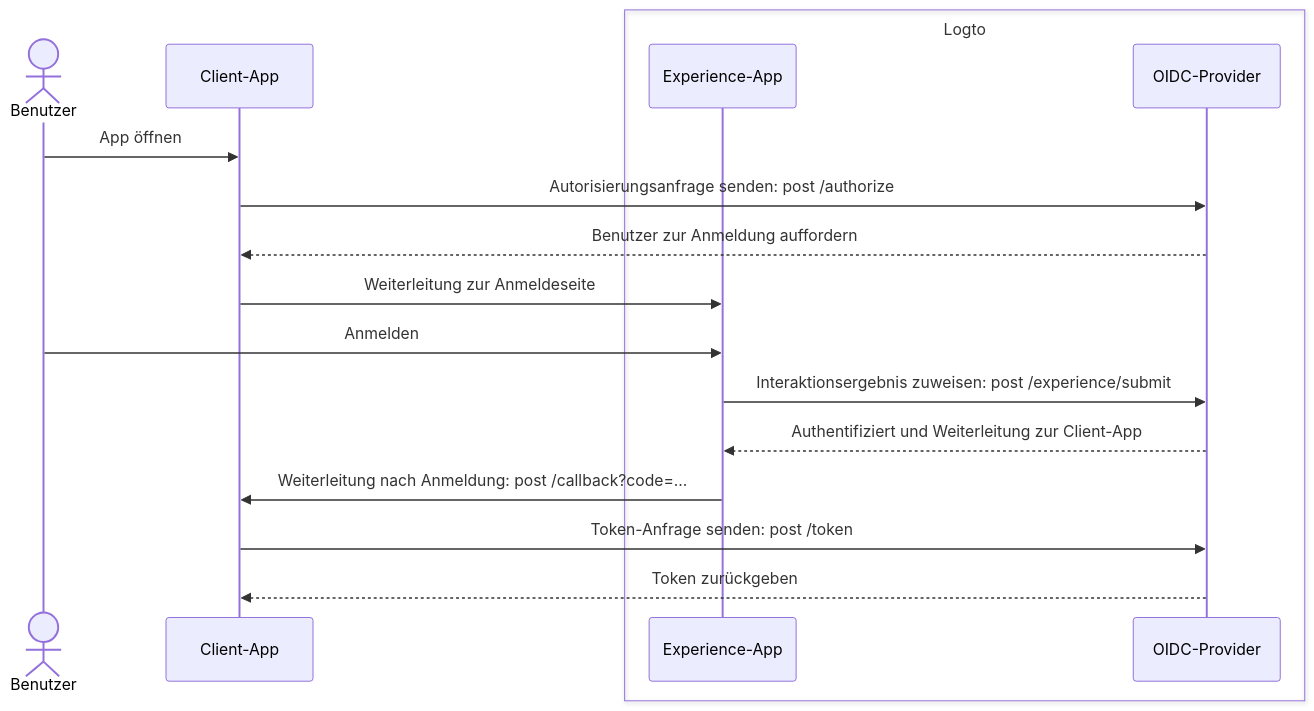
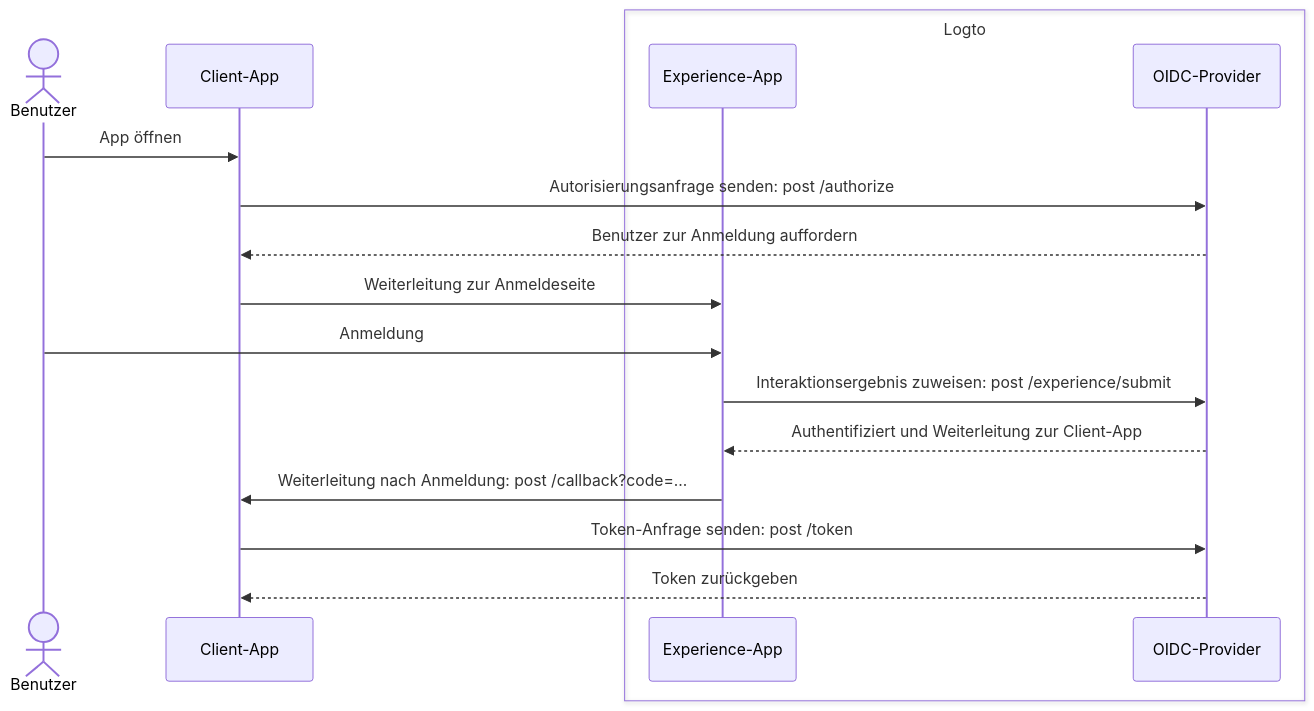
One commit to logto-io/docs changed the first of 2 diagrams in i18n/de/docusaurus-plugin-content-docs/current/end-user-flows/sign-up-and-sign-in/README.mdx. Above: the diagram before and after it, drawn with Mermaid. The commit also changed other lines of this file and 145 other files, not shown here.

````diff
--- a/i18n/de/docusaurus-plugin-content-docs/current/end-user-flows/sign-up-and-sign-in/README.mdx
+++ b/i18n/de/docusaurus-plugin-content-docs/current/end-user-flows/sign-up-and-sign-in/README.mdx
@@ -15,21 +15,21 @@
 ```mermaid
 sequenceDiagram
   actor user as Benutzer
   participant client as Client-App
 
   box Logto
     participant experience as Experience-App
     participant oidc as OIDC-Provider
   end
 
   user ->> client: App öffnen
   client ->> oidc: Autorisierungsanfrage senden: post /authorize
   oidc -->> client: Benutzer zur Anmeldung auffordern
   client ->> experience: Weiterleitung zur Anmeldeseite
-  user ->> experience: Anmelden
+  user ->> experience: Anmeldung
   experience ->> oidc: Interaktionsergebnis zuweisen: post /experience/submit
   oidc -->> experience: Authentifiziert und Weiterleitung zur Client-App
   experience ->> client: Weiterleitung nach Anmeldung: post /callback?code=...
   client ->> oidc: Token-Anfrage senden: post /token
   oidc -->> client: Token zurückgeben
 ```
````
